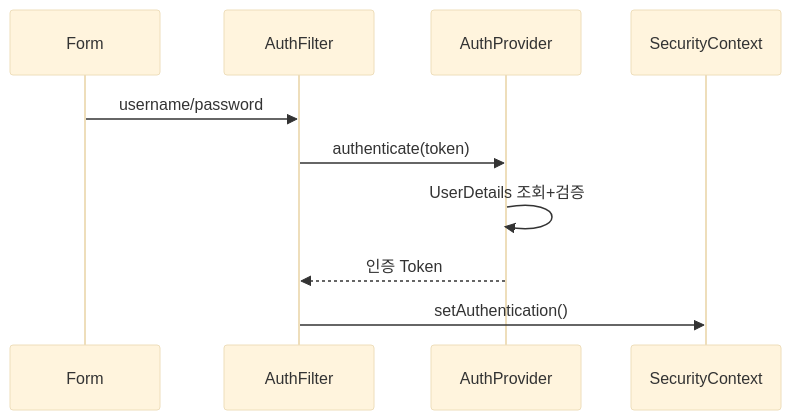
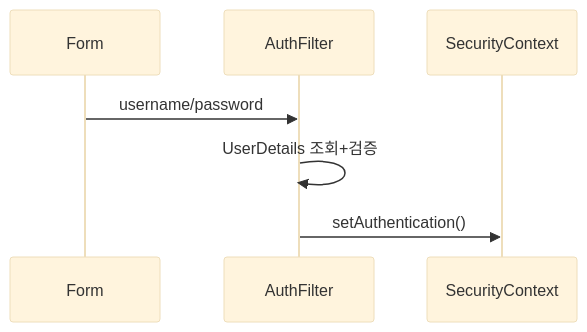
The second of 2 diagrams in _posts/security/2021-05-22-Authentication.md (yjkim2015/yjkim2015.github.io), drawn with Mermaid (base theme) before and after one commit. The commit also changed 155 other files, not shown here.

First line of the commit message:
Mermaid 전면 수정: subgraph 제거, participant/노드/줄수 축소 (342블록)

````diff
--- a/_posts/security/2021-05-22-Authentication.md
+++ b/_posts/security/2021-05-22-Authentication.md
@@ -109,12 +109,9 @@
 ```mermaid
 sequenceDiagram
     participant F as Form
     participant AF as AuthFilter
-    participant AP as AuthProvider
     participant SC as SecurityContext
     F->>AF: username/password
-    AF->>AP: authenticate(token)
-    AP->>AP: UserDetails 조회+검증
-    AP-->>AF: 인증 Token
+    AF->>AF: UserDetails 조회+검증
     AF->>SC: setAuthentication()
 ```
````
